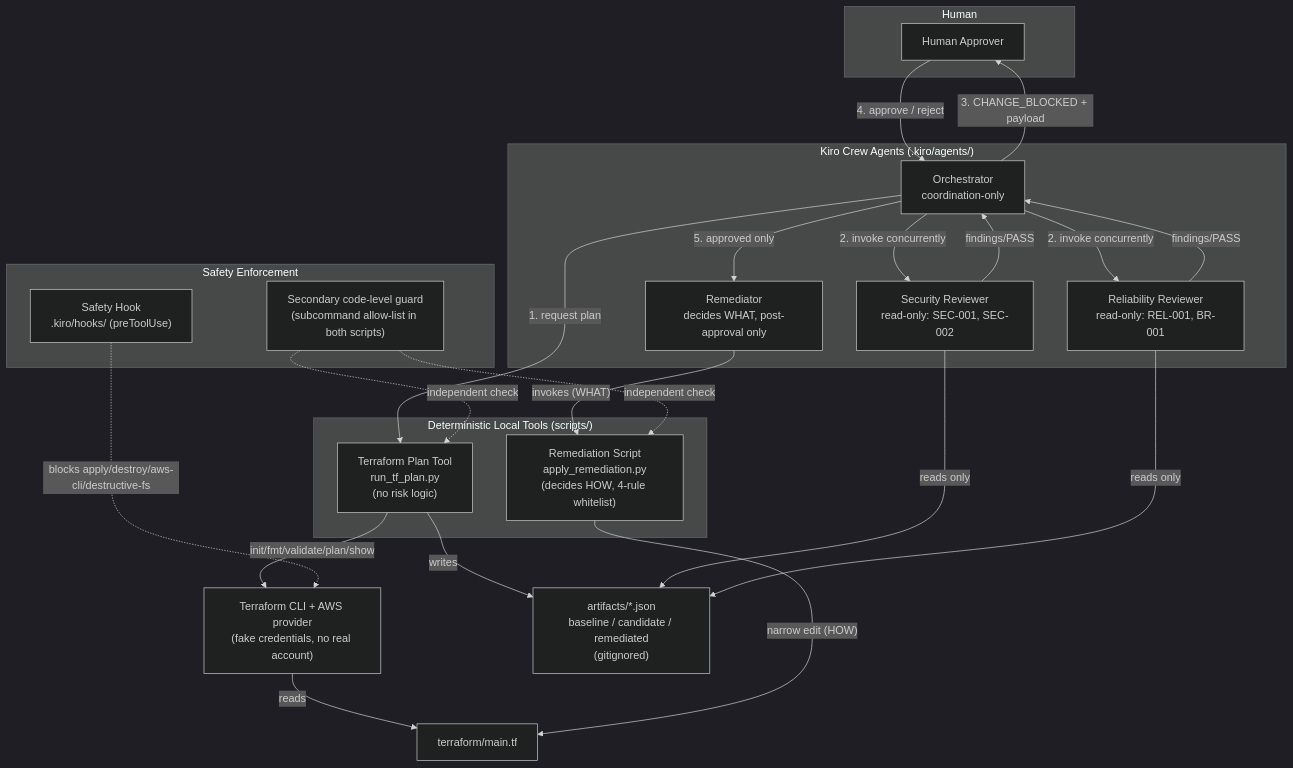
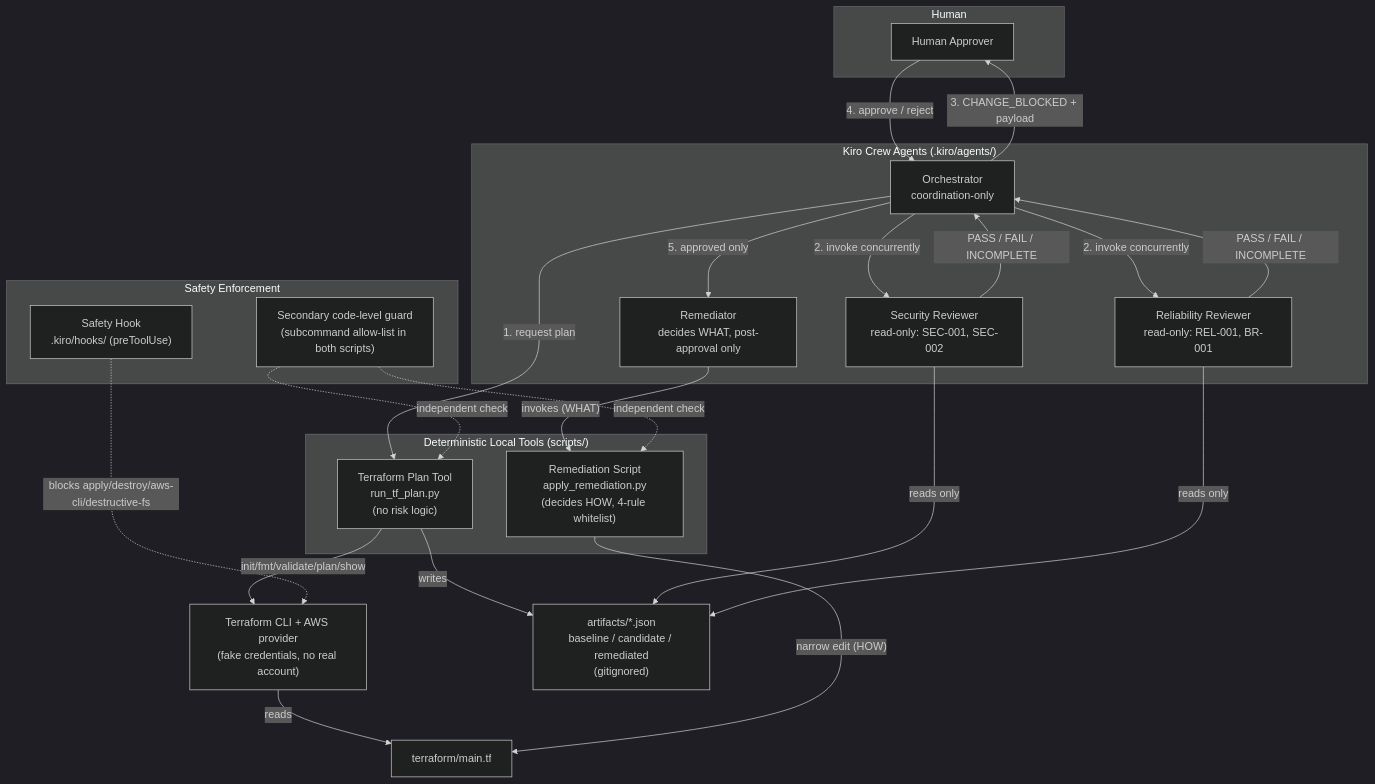
Before and after one commit to ContardoRM/changeguard-ai: the first of 2 diagrams in .kiro/specs/change-review/design.md, drawn with Mermaid (dark theme). The commit also changed other lines of this file and 2 other files, not shown here.

````diff
--- a/.kiro/specs/change-review/design.md
+++ b/.kiro/specs/change-review/design.md
@@ -19,49 +19,49 @@
 ```mermaid
 flowchart TB
     subgraph Human["Human"]
         Approver["Human Approver"]
     end
 
     subgraph Crew["Kiro Crew Agents (.kiro/agents/)"]
         Orchestrator["Orchestrator<br/>coordination-only"]
         SecRev["Security Reviewer<br/>read-only: SEC-001, SEC-002"]
         RelRev["Reliability Reviewer<br/>read-only: REL-001, BR-001"]
         Remediator["Remediator<br/>decides WHAT, post-approval only"]
     end
 
     subgraph Tools["Deterministic Local Tools (scripts/)"]
         PlanTool["Terraform Plan Tool<br/>run_tf_plan.py<br/>(no risk logic)"]
         RemediationScript["Remediation Script<br/>apply_remediation.py<br/>(decides HOW, 4-rule whitelist)"]
     end
 
     subgraph Safety["Safety Enforcement"]
         Hook["Safety Hook<br/>.kiro/hooks/ (preToolUse)"]
         Guard["Secondary code-level guard<br/>(subcommand allow-list in both scripts)"]
     end
 
     TFCLI["Terraform CLI + AWS provider<br/>(fake credentials, no real account)"]
     MainTF["terraform/main.tf"]
     Artifacts["artifacts/*.json<br/>baseline / candidate / remediated<br/>(gitignored)"]
 
     Orchestrator -->|"1. request plan"| PlanTool
     PlanTool -->|"init/fmt/validate/plan/show"| TFCLI
     TFCLI -->|reads| MainTF
     PlanTool -->|writes| Artifacts
 
     Orchestrator -->|"2. invoke concurrently"| SecRev
     Orchestrator -->|"2. invoke concurrently"| RelRev
     SecRev -->|reads only| Artifacts
     RelRev -->|reads only| Artifacts
-    SecRev -->|"findings/PASS"| Orchestrator
-    RelRev -->|"findings/PASS"| Orchestrator
+    SecRev -->|"PASS / FAIL / INCOMPLETE"| Orchestrator
+    RelRev -->|"PASS / FAIL / INCOMPLETE"| Orchestrator
 
     Orchestrator -->|"3. CHANGE_BLOCKED + payload"| Approver
     Approver -->|"4. approve / reject"| Orchestrator
     Orchestrator -->|"5. approved only"| Remediator
     Remediator -->|"invokes (WHAT)"| RemediationScript
     RemediationScript -->|"narrow edit (HOW)"| MainTF
 
     Hook -.blocks apply/destroy/aws-cli/destructive-fs.-> TFCLI
     Guard -.independent check.-> PlanTool
     Guard -.independent check.-> RemediationScript
 ```
````
